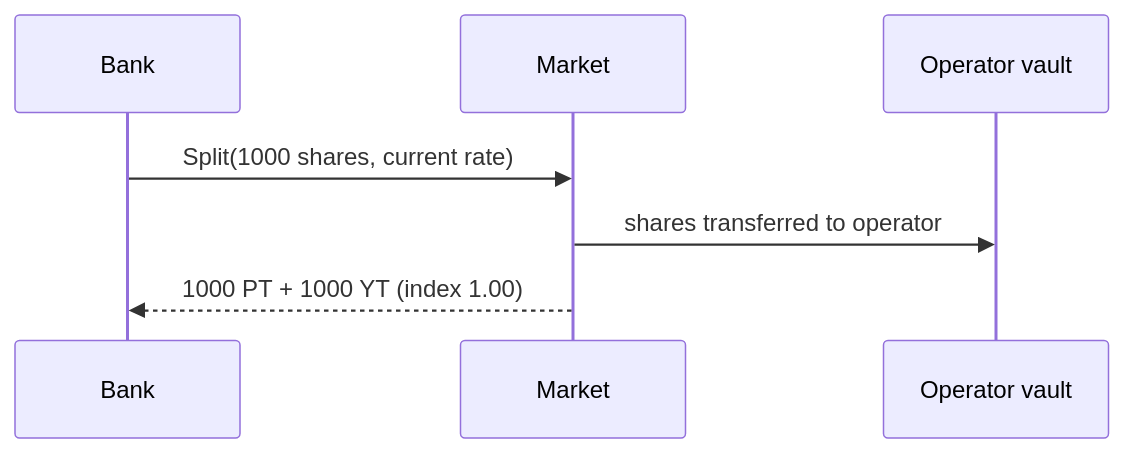
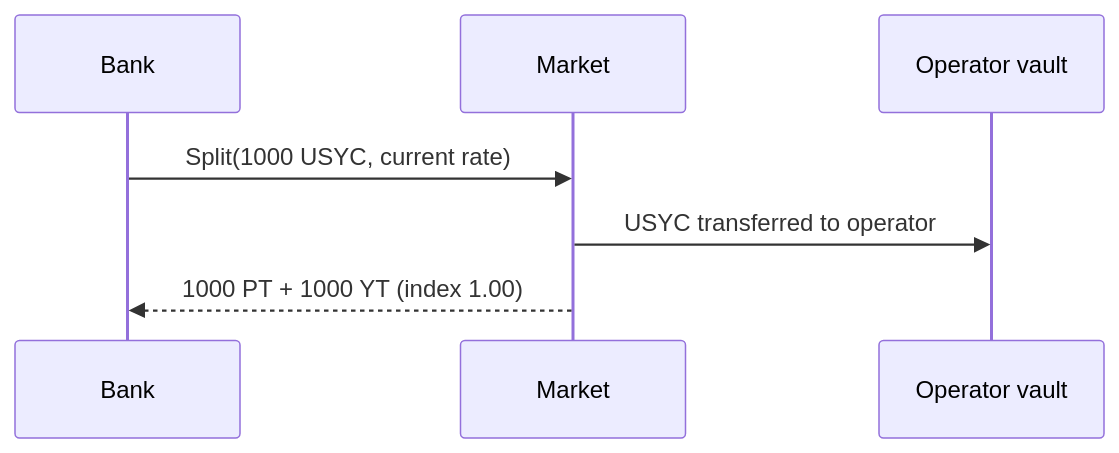
One commit to ayoubbuoya/exodus changed the third of 4 diagrams in docs/exodus.md. Above: the diagram before and after it, drawn with Mermaid. The commit also changed other lines of this file and 11 other files, not shown here.

````diff
--- a/docs/exodus.md
+++ b/docs/exodus.md
@@ -194,9 +250,9 @@
 ```mermaid
 sequenceDiagram
   participant Bank
   participant Market
   participant Vault as Operator vault
-  Bank->>Market: Split(1000 shares, current rate)
-  Market->>Vault: shares transferred to operator
+  Bank->>Market: Split(1000 USYC, current rate)
+  Market->>Vault: USYC transferred to operator
   Market-->>Bank: 1000 PT + 1000 YT (index 1.00)
 ```
````
